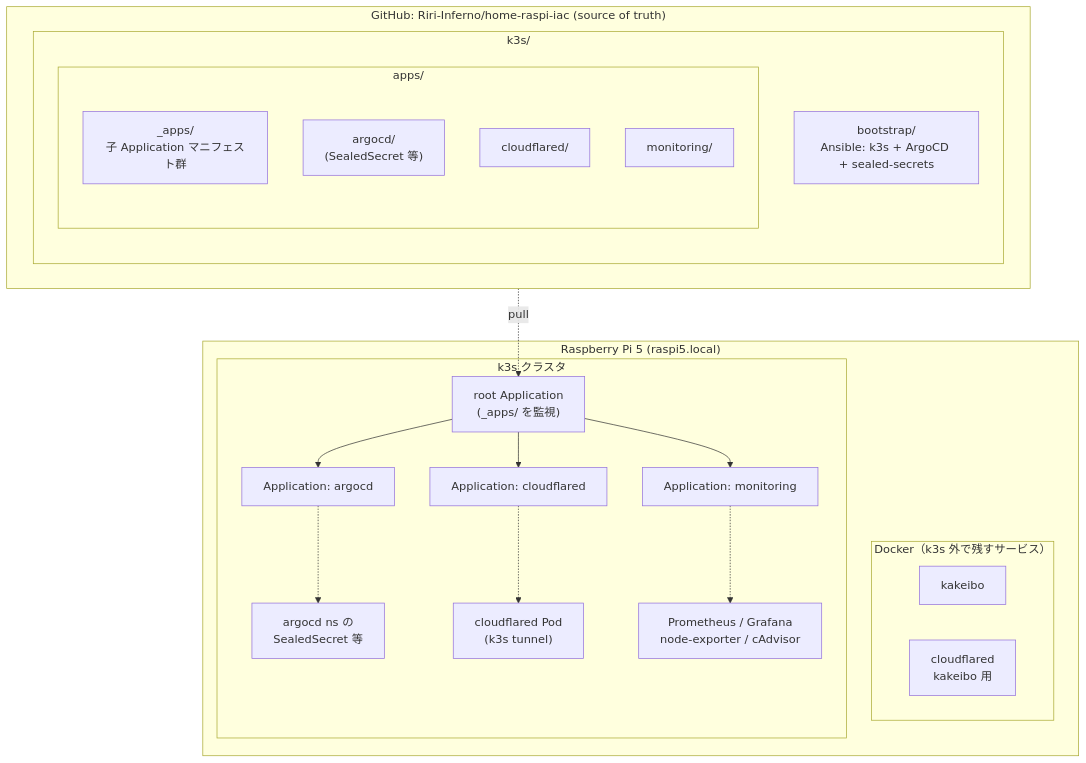
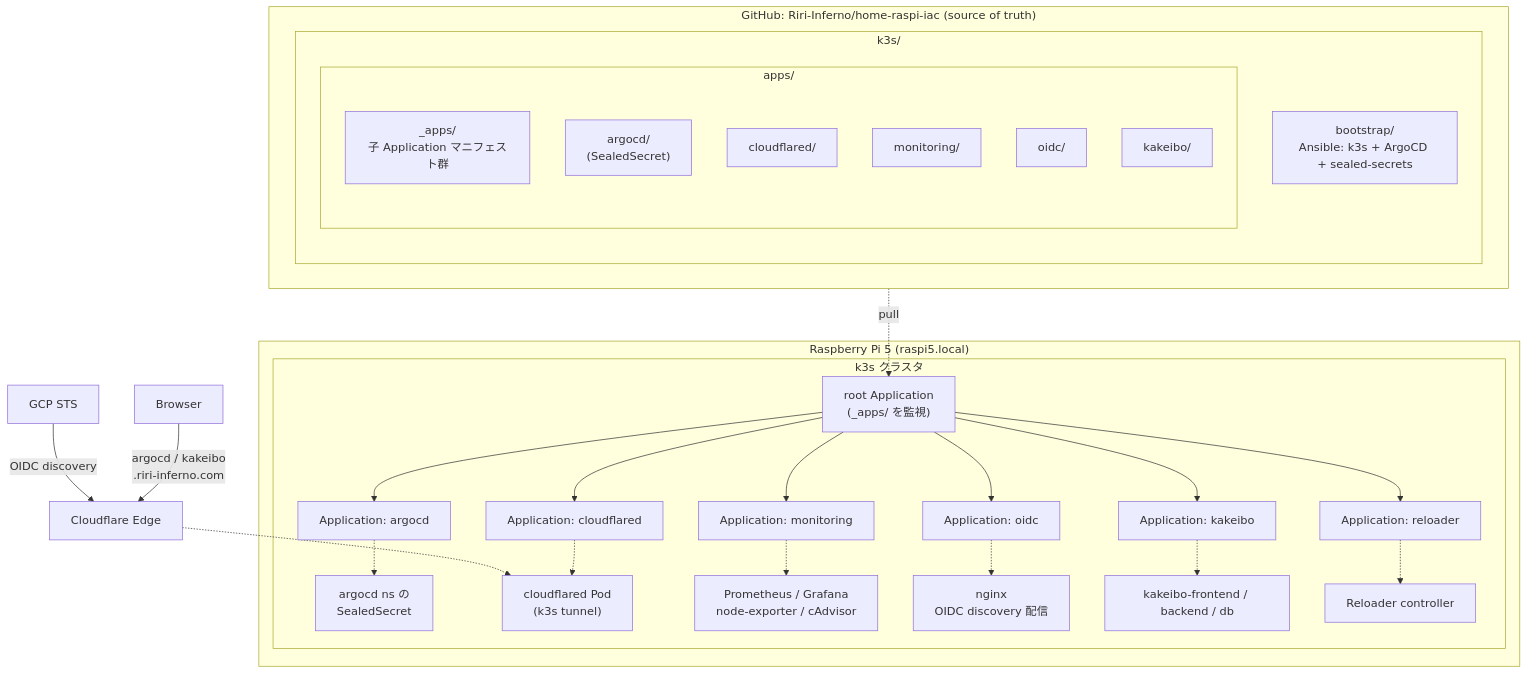
One commit to Riri-Inferno/home-raspi-iac changed the diagram in README.md. Above: the diagram before and after it, drawn with Mermaid. The commit also changed other lines of this file and 1 other file, not shown here.

````diff
--- a/README.md
+++ b/README.md
@@ -10,32 +10,39 @@
 ```mermaid
 flowchart TD
     subgraph GH["GitHub: Riri-Inferno/home-raspi-iac (source of truth)"]
         subgraph K3S_REPO["k3s/"]
             B["bootstrap/<br/>Ansible: k3s + ArgoCD + sealed-secrets"]
             subgraph APPS["apps/"]
                 APPSDIR["_apps/<br/>子 Application マニフェスト群"]
-                ARGOCFG["argocd/<br/>(SealedSecret 等)"]
+                ARGOCFG["argocd/<br/>(SealedSecret)"]
                 CFD["cloudflared/"]
                 MON["monitoring/"]
+                OIDC["oidc/"]
+                KAK["kakeibo/"]
             end
         end
     end
 
     subgraph PI["Raspberry Pi 5 (raspi5.local)"]
-        subgraph DOCKER["Docker（k3s 外で残すサービス）"]
-            KK[kakeibo]
-            CFD_DOCKER[cloudflared<br/>kakeibo 用]
-        end
         subgraph K3S_CL["k3s クラスタ"]
             ROOT["root Application<br/>(_apps/ を監視)"]
             ROOT --> APPA["Application: argocd"]
             ROOT --> APPC["Application: cloudflared"]
             ROOT --> APPM["Application: monitoring"]
-            APPA -.-> RESA["argocd ns の<br/>SealedSecret 等"]
+            ROOT --> APPO["Application: oidc"]
+            ROOT --> APPK["Application: kakeibo"]
+            ROOT --> APPR["Application: reloader"]
+            APPA -.-> RESA["argocd ns の<br/>SealedSecret"]
             APPC -.-> RESC["cloudflared Pod<br/>(k3s tunnel)"]
             APPM -.-> RESM["Prometheus / Grafana<br/>node-exporter / cAdvisor"]
+            APPO -.-> RESO["nginx<br/>OIDC discovery 配信"]
+            APPK -.-> RESK["kakeibo-frontend / backend / db"]
+            APPR -.-> RESRL["Reloader controller"]
         end
     end
 
+    USER[Browser] -->|argocd / kakeibo<br/>.riri-inferno.com| CFE[Cloudflare Edge]
+    CFE -.-> RESC
+    GCP[GCP STS] -->|OIDC discovery| CFE
     GH -.->|pull| ROOT
 ```
````
